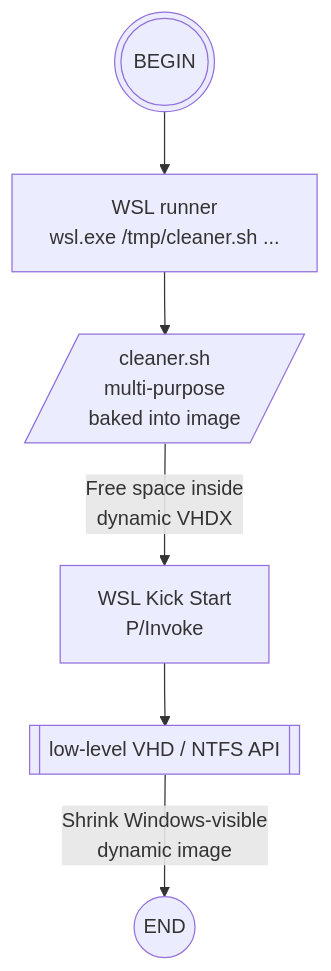
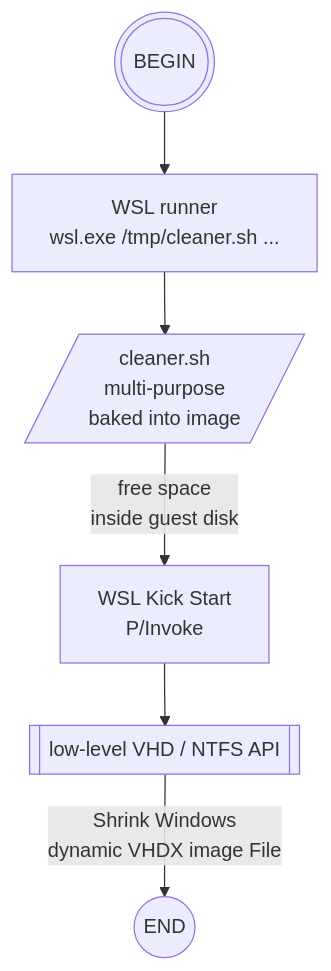
One commit to sergueik/powershell_samples changed the first of 2 diagrams in external/csharp/basic-wsl_manager/README.md. Above: the diagram before and after it, drawn with Mermaid. The commit also changed other lines of this file and 27 other files, not shown here.

Commit message:
intermediate revision - updated the project directory structure and updated the flow in README.md

````diff
--- a/external/csharp/basic-wsl_manager/README.md
+++ b/external/csharp/basic-wsl_manager/README.md
@@ -437,17 +431,16 @@
 ```mermaid
 flowchart TB
 %% Shrink Windows-visible<br/>dynamic image
 BEGIN(((BEGIN)))
 END((END))
 API[["low-level VHD / NTFS API"]]
 CLEANER[/"cleaner.sh<br/>multi-purpose<br/>baked into image"/]
 
 BEGIN --> WSLRUN
 WSLRUN["WSL runner<br/>wsl.exe /tmp/cleaner.sh ..."]
 PINVOKE["WSL Kick Start<br/>P/Invoke"]
 WSLRUN --> CLEANER
-CLEANER -- "Free space inside<br/>dynamic VHDX" --> PINVOKE
+CLEANER  -- "free space<br/>inside guest disk" --> PINVOKE
 PINVOKE--> API
-API-- "Shrink Windows-visible<br/>dynamic image" --> END
-
+API -- "Shrink Windows<br/>dynamic VHDX image File" --> END
 ```
````
